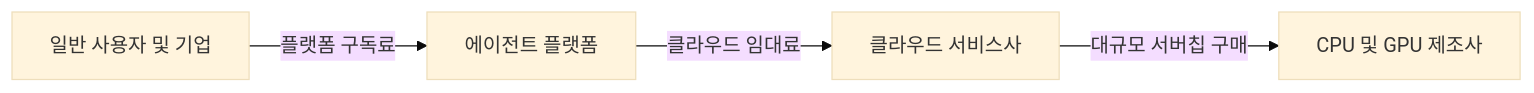
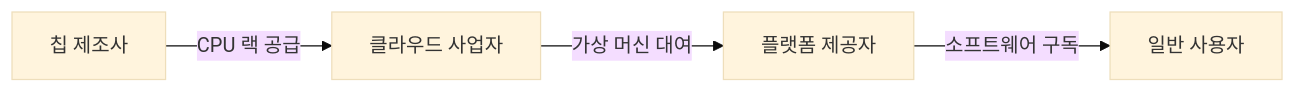
The diagram in insights/frames/2026-08-24-grok-bots-cpu-strategy.md (yohan4477/semi-report), drawn with Mermaid (base theme) before and after one commit. The commit also changed other lines of this file and 4 other files, not shown here.

````diff
--- a/insights/frames/2026-08-24-grok-bots-cpu-strategy.md
+++ b/insights/frames/2026-08-24-grok-bots-cpu-strategy.md
@@ -28,7 +73,7 @@
 ```mermaid
 flowchart LR
-    A[일반 사용자 및 기업] -->|플랫폼 구독료| B[에이전트 플랫폼]
-    B -->|클라우드 임대료| C[클라우드 서비스사]
-    C -->|대규모 서버칩 구매| D[CPU 및 GPU 제조사]
+  A[칩 제조사] -->|CPU 랙 공급| B[클라우드 사업자]
+  B -->|가상 머신 대여| C[플랫폼 제공자]
+  C -->|소프트웨어 구독| D[일반 사용자]
 
 ```
````
